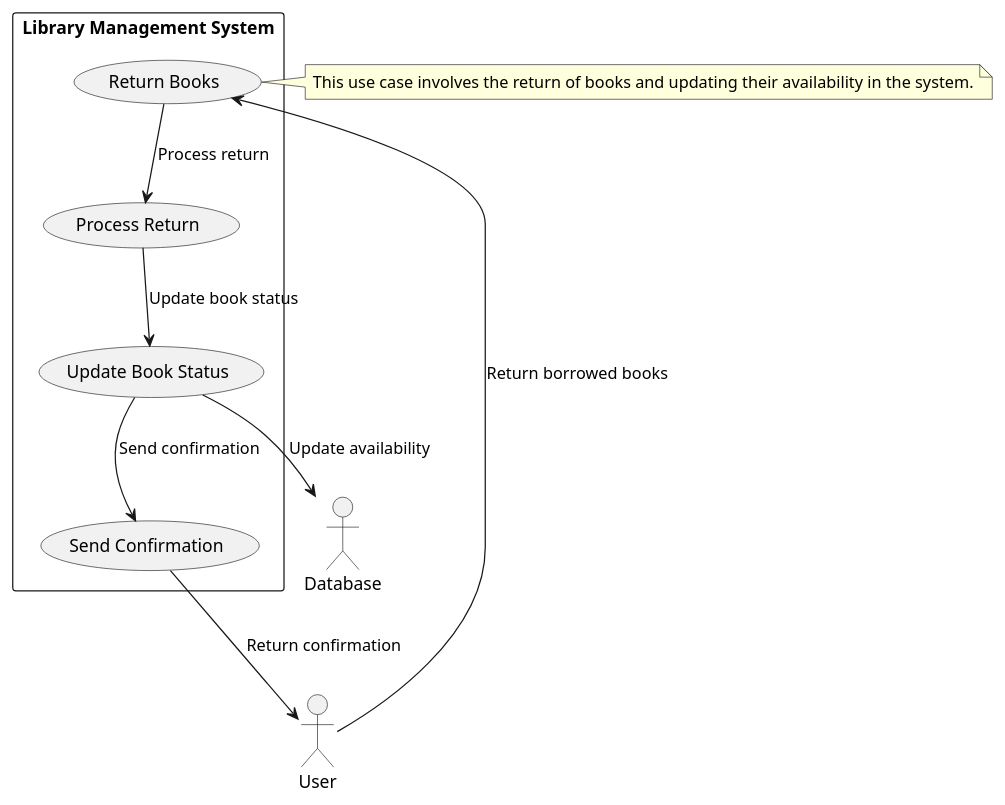
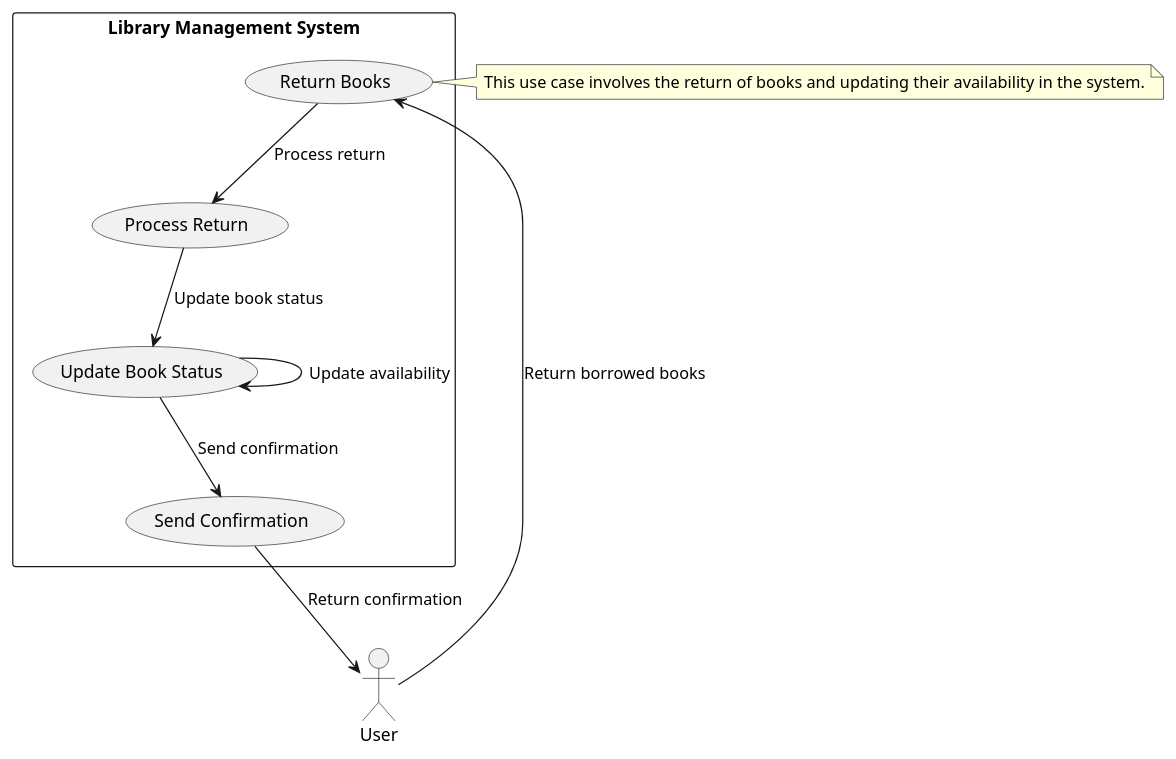
The diagram in docs/Use cases/Return Books.puml (mernaahmed2020/LibraryOO), drawn with PlantUML before and after one commit.

Commit message:
Update Return Books.puml

```diff
--- a/docs/Use cases/Return Books.puml
+++ b/docs/Use cases/Return Books.puml
@@ -1,24 +1,23 @@
 @startuml
 
 actor User
-actor Database
 
 rectangle "Library Management System" {
     usecase "Return Books" as UC5
     usecase "Process Return" as UC6
     usecase "Update Book Status" as UC7
     usecase "Send Confirmation" as UC8
 }
 
 User --> UC5 : "Return borrowed books"
 UC5 --> UC6 : "Process return"
 UC6 --> UC7 : "Update book status"
-UC7 --> Database : "Update availability"
+UC7 --> UC7 : "Update availability"
 UC7 --> UC8 : "Send confirmation"
 UC8 --> User : "Return confirmation"
 
 note right of UC5
 This use case involves the return of books and updating their availability in the system.
 end note
 
 @enduml
```
